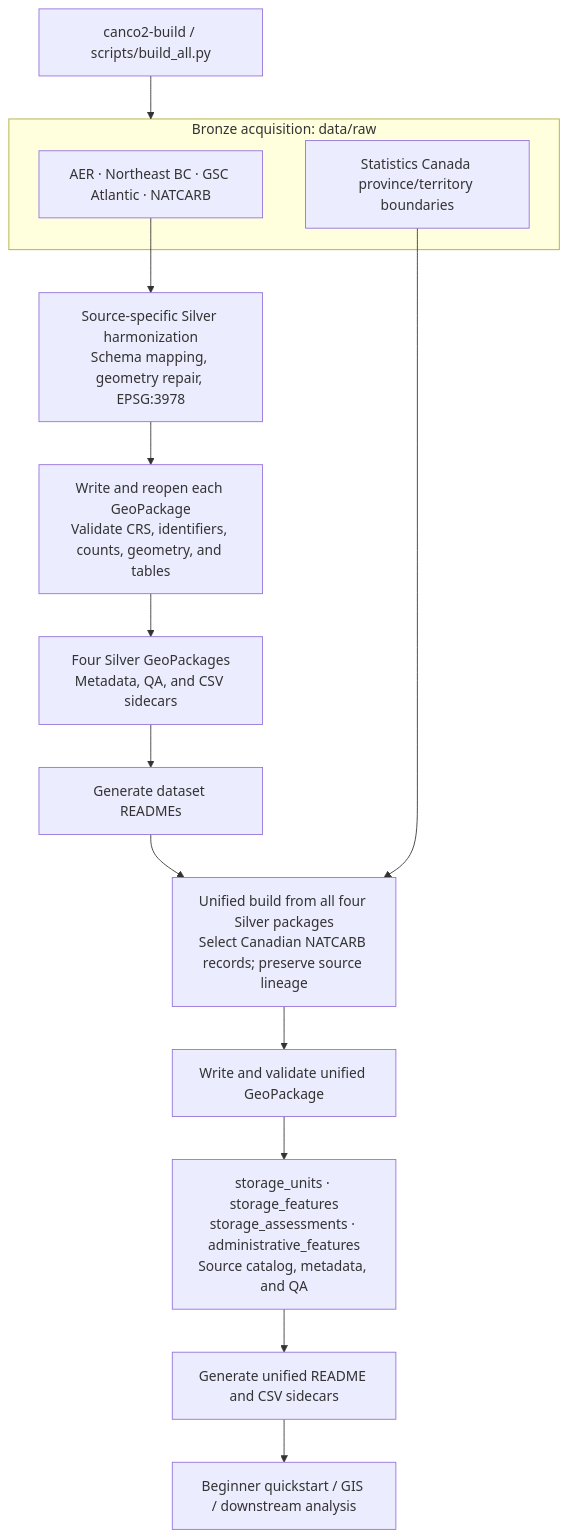
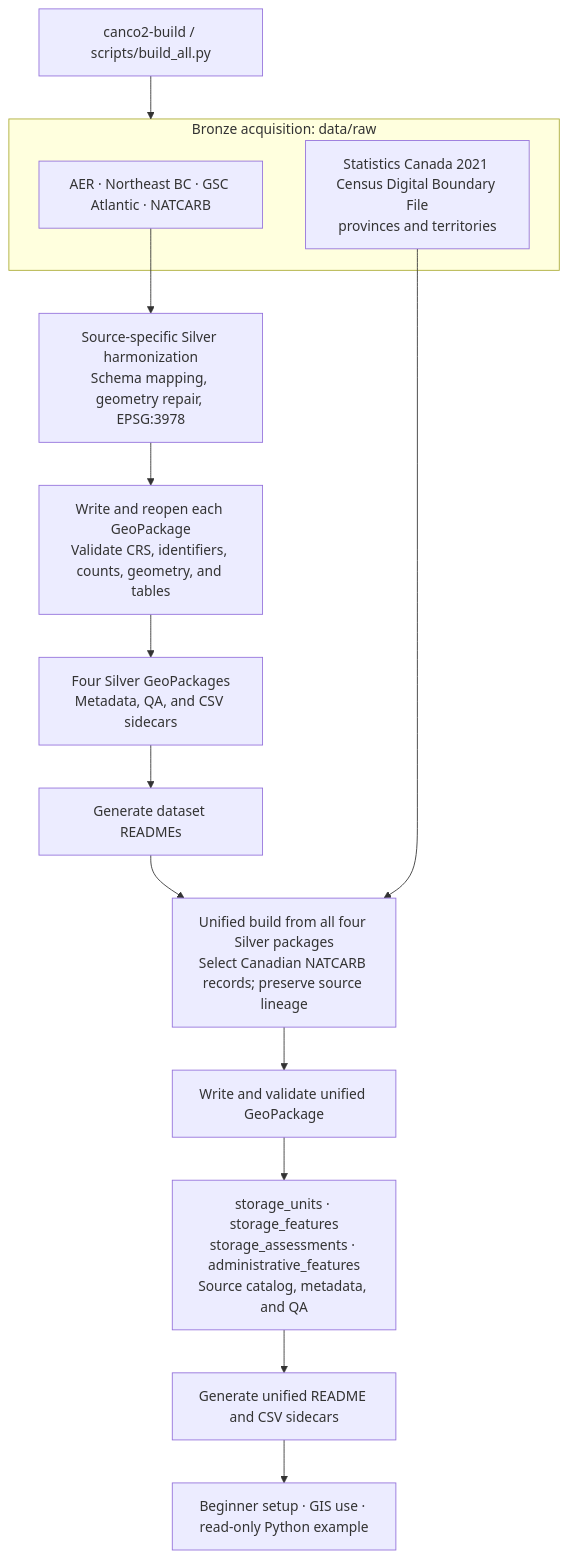
Before and after one commit to andrew-vigars/canco2-storage: the diagram in docs/workflow.md, drawn with Mermaid. The commit also changed other lines of this file and 3 other files, not shown here.

````diff
--- a/docs/workflow.md
+++ b/docs/workflow.md
@@ -11,18 +11,18 @@
 ```mermaid
 flowchart TD
     Build["canco2-build / scripts/build_all.py"] --> Bronze
     subgraph Bronze["Bronze acquisition: data/raw"]
         Sources["AER · Northeast BC · GSC Atlantic · NATCARB"]
-        Boundaries["Statistics Canada province/territory boundaries"]
+        Boundaries["Statistics Canada 2021 Census Digital Boundary File<br/>provinces and territories"]
     end
     Sources --> Harmonize["Source-specific Silver harmonization<br/>Schema mapping, geometry repair, EPSG:3978"]
     Harmonize --> SilverQA["Write and reopen each GeoPackage<br/>Validate CRS, identifiers, counts, geometry, and tables"]
     SilverQA --> Silver["Four Silver GeoPackages<br/>Metadata, QA, and CSV sidecars"]
     Silver --> SourceDocs["Generate dataset READMEs"]
     SourceDocs --> Unified["Unified build from all four Silver packages<br/>Select Canadian NATCARB records; preserve source lineage"]
     Boundaries --> Unified
     Unified --> UnifiedQA["Write and validate unified GeoPackage"]
     UnifiedQA --> Tables["storage_units · storage_features<br/>storage_assessments · administrative_features<br/>Source catalog, metadata, and QA"]
     Tables --> Docs["Generate unified README and CSV sidecars"]
-    Docs --> Research["Beginner quickstart / GIS / downstream analysis"]
+    Docs --> Use["Beginner setup · GIS use · read-only Python example"]
 ```
````
